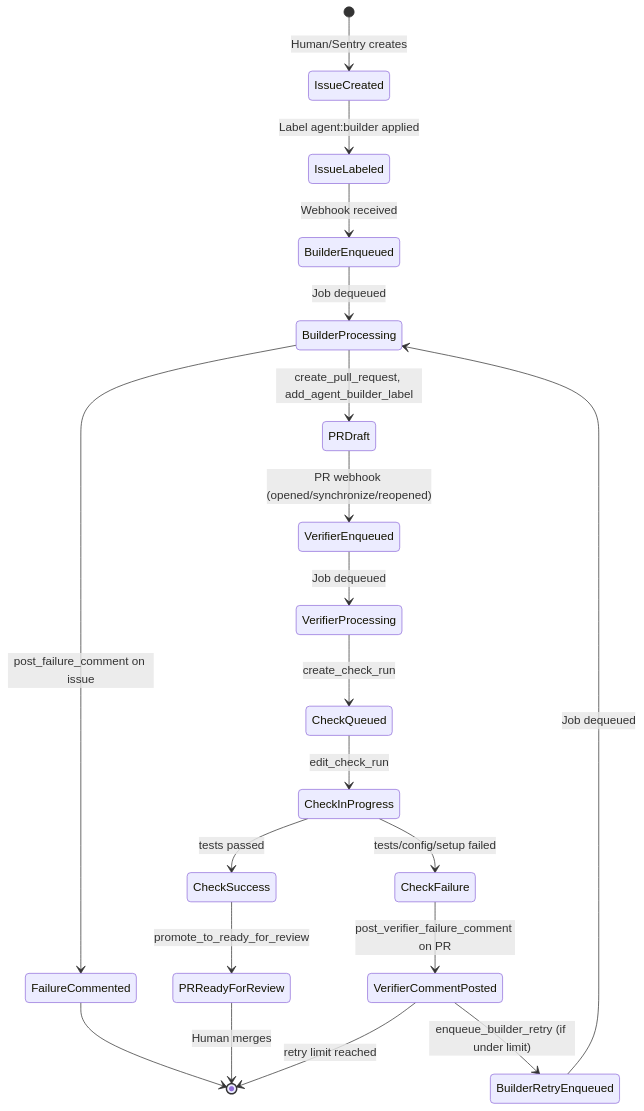
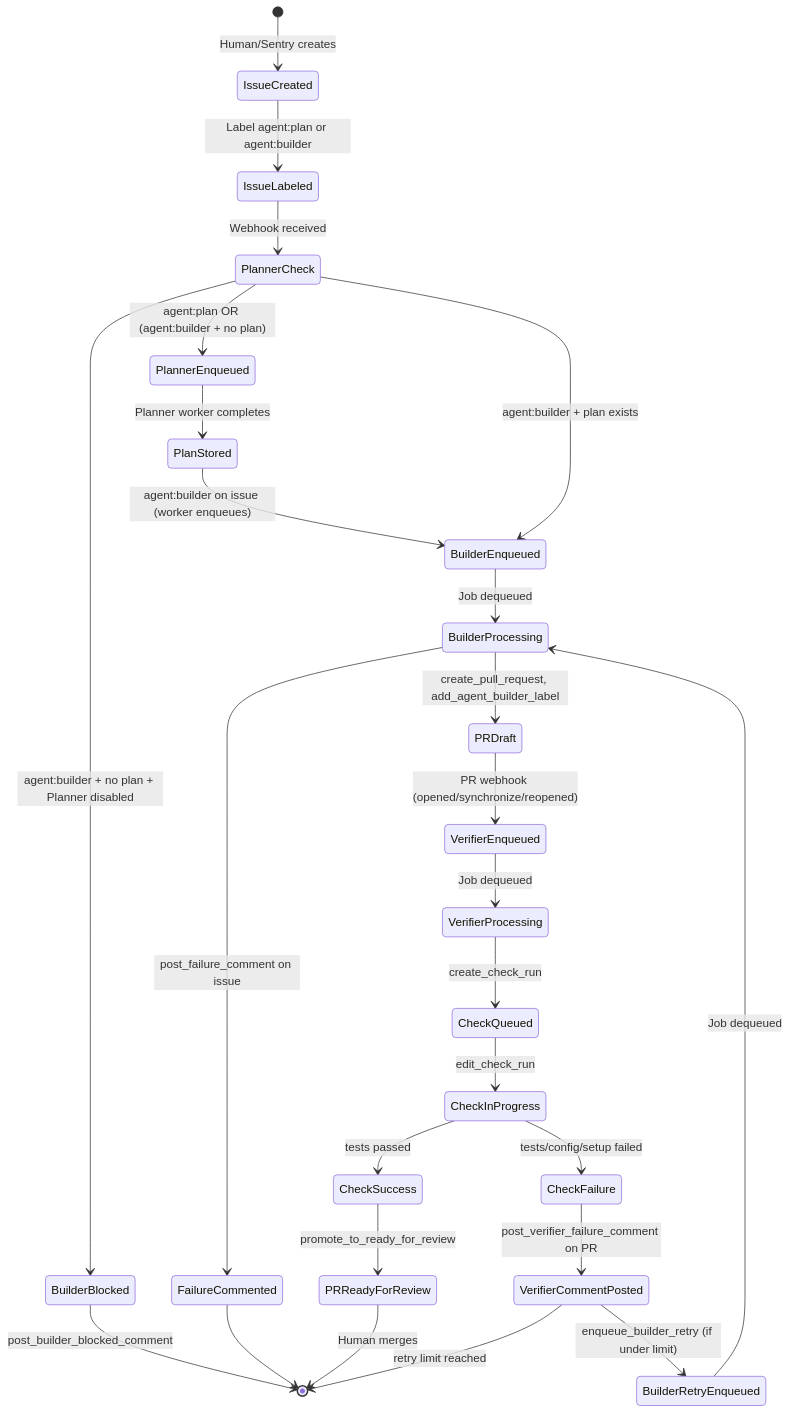
One commit to datashaman/booty changed the diagram in docs/diagrams/agents-github-main-flow.mmd. Above: the diagram before and after it, drawn with Mermaid. The commit also changed 7 other files, not shown here.

First line of the commit message:
refactor: Planner-first event flow

```diff
--- a/docs/diagrams/agents-github-main-flow.mmd
+++ b/docs/diagrams/agents-github-main-flow.mmd
@@ -1,23 +1,29 @@
 stateDiagram-v2
     [*] --> IssueCreated: Human/Sentry creates
-    IssueCreated --> IssueLabeled: Label agent:builder applied
-    IssueLabeled --> BuilderEnqueued: Webhook received
+    IssueCreated --> IssueLabeled: Label agent:plan or agent:builder
+    IssueLabeled --> PlannerCheck: Webhook received
+    PlannerCheck --> PlannerEnqueued: agent:plan OR (agent:builder + no plan)
+    PlannerEnqueued --> PlanStored: Planner worker completes
+    PlanStored --> BuilderEnqueued: agent:builder on issue (worker enqueues)
+    PlannerCheck --> BuilderEnqueued: agent:builder + plan exists
+    PlannerCheck --> BuilderBlocked: agent:builder + no plan + Planner disabled
+    BuilderBlocked --> [*]: post_builder_blocked_comment
     BuilderEnqueued --> BuilderProcessing: Job dequeued
     BuilderProcessing --> PRDraft: create_pull_request, add_agent_builder_label
     BuilderProcessing --> FailureCommented: post_failure_comment on issue
     FailureCommented --> [*]
 
     PRDraft --> VerifierEnqueued: PR webhook (opened/synchronize/reopened)
     VerifierEnqueued --> VerifierProcessing: Job dequeued
     VerifierProcessing --> CheckQueued: create_check_run
     CheckQueued --> CheckInProgress: edit_check_run
     CheckInProgress --> CheckSuccess: tests passed
     CheckInProgress --> CheckFailure: tests/config/setup failed
 
     CheckSuccess --> PRReadyForReview: promote_to_ready_for_review
     PRReadyForReview --> [*]: Human merges
 
     CheckFailure --> VerifierCommentPosted: post_verifier_failure_comment on PR
     VerifierCommentPosted --> BuilderRetryEnqueued: enqueue_builder_retry (if under limit)
     BuilderRetryEnqueued --> BuilderProcessing: Job dequeued
     VerifierCommentPosted --> [*]: retry limit reached
```
